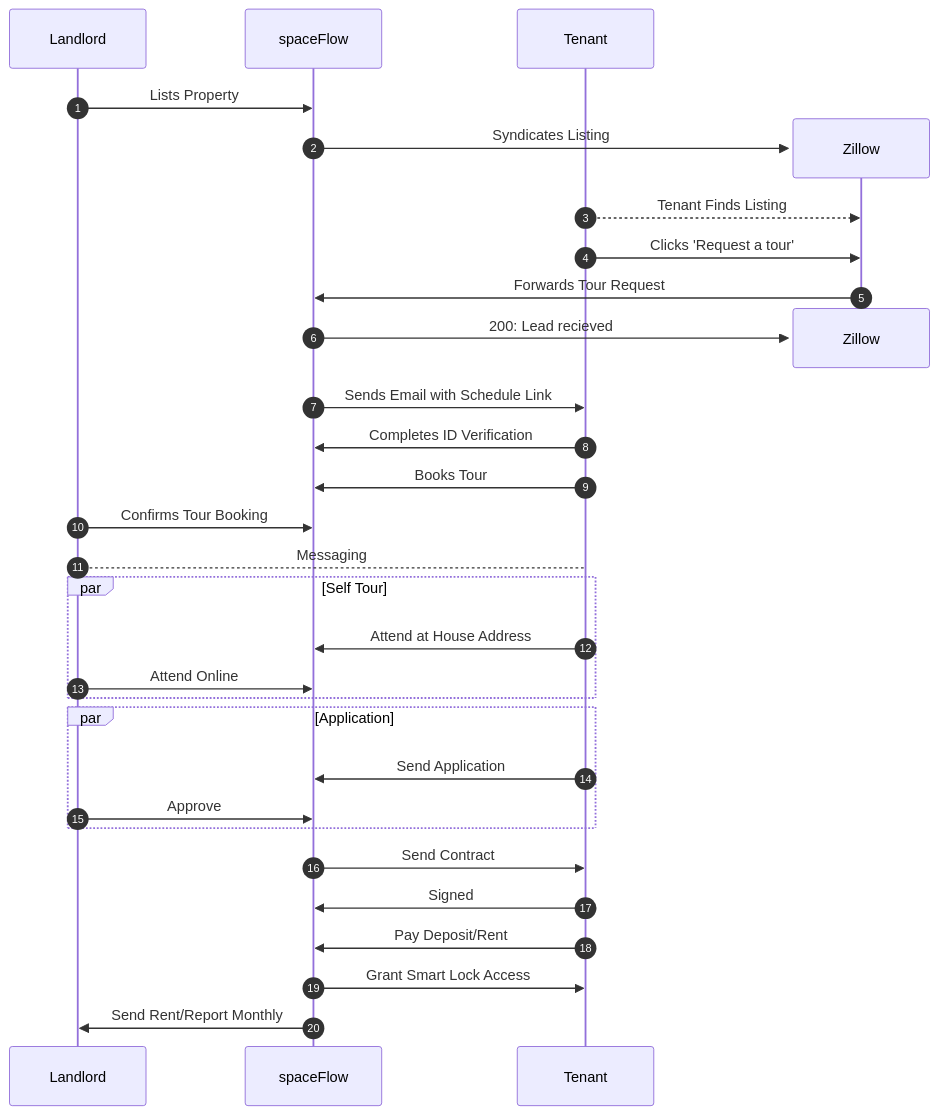
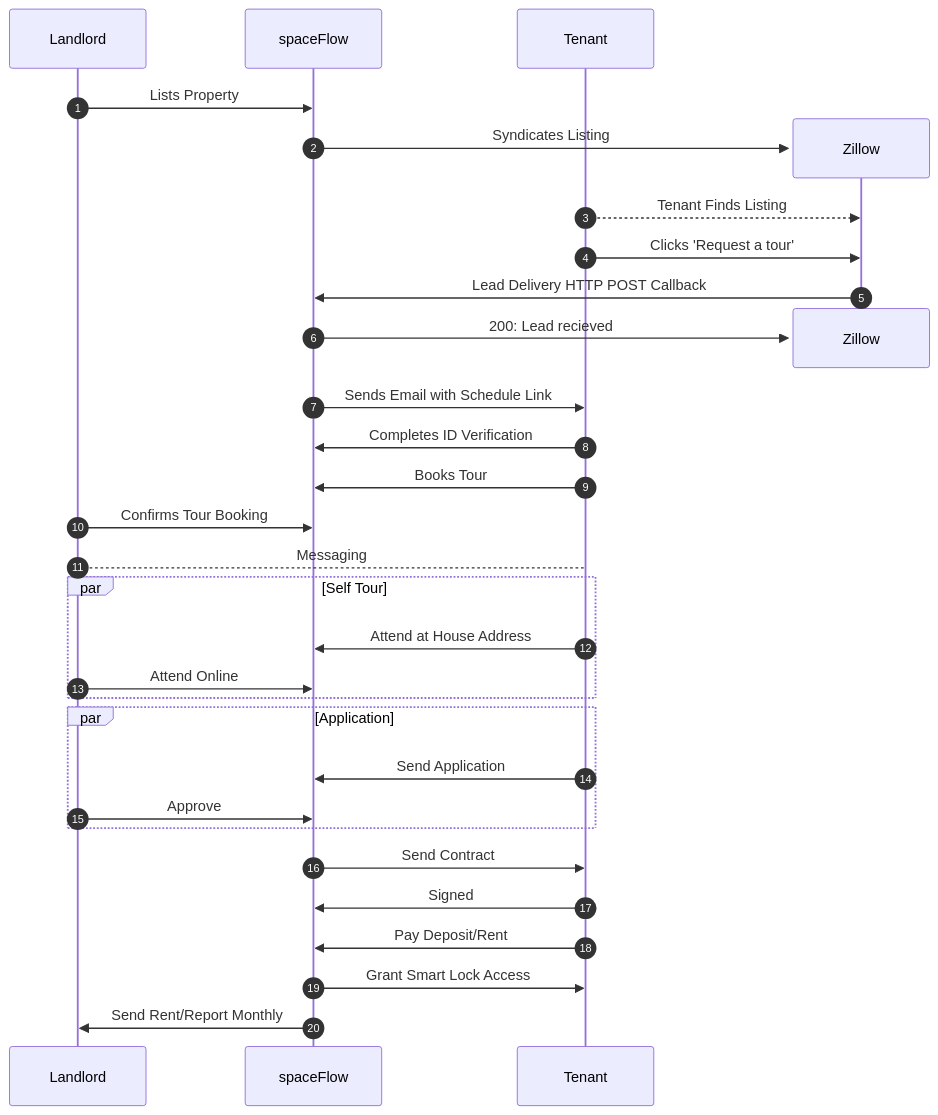
One commit to spaceFlow-US/.github changed the first of 2 diagrams in profile/README.md. Above: the diagram before and after it, drawn with Mermaid.

````diff
--- a/profile/README.md
+++ b/profile/README.md
@@ -24,35 +24,35 @@
 ```mermaid
 sequenceDiagram
     participant Landlord
     participant spaceFlow
     participant Tenant
 
     autonumber
     Landlord->>spaceFlow: Lists Property
     create participant Zillow
     spaceFlow->>Zillow: Syndicates Listing
     Tenant-->>Zillow: Tenant Finds Listing
     Tenant->>Zillow: Clicks 'Request a tour'
-    Zillow->>spaceFlow: Forwards Tour Request
+    Zillow->>spaceFlow: Lead Delivery HTTP POST Callback
     destroy Zillow
     spaceFlow->>Zillow:200: Lead recieved
 
     spaceFlow->>Tenant: Sends Email with Schedule Link
     Tenant->>spaceFlow: Completes ID Verification
     Tenant->>spaceFlow: Books Tour
     Landlord->>spaceFlow: Confirms Tour Booking
     Landlord --> Tenant: Messaging
     par Self Tour
         Tenant->>spaceFlow: Attend at House Address
         Landlord->>spaceFlow: Attend Online
     end
     par Application
         Tenant->>spaceFlow: Send Application
         Landlord->>spaceFlow: Approve
     end
     spaceFlow->>Tenant: Send Contract
     Tenant->>spaceFlow: Signed
     Tenant->>spaceFlow: Pay Deposit/Rent
     spaceFlow->>Tenant: Grant Smart Lock Access
     spaceFlow->>Landlord: Send Rent/Report Monthly
 ```
````
